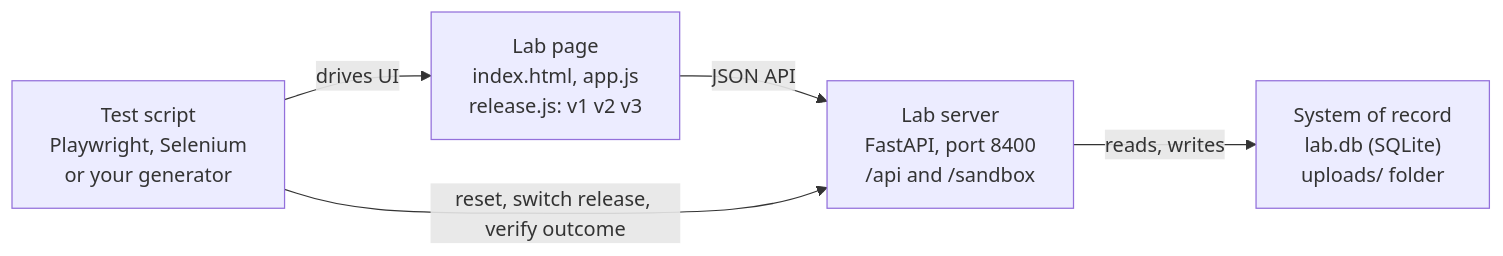
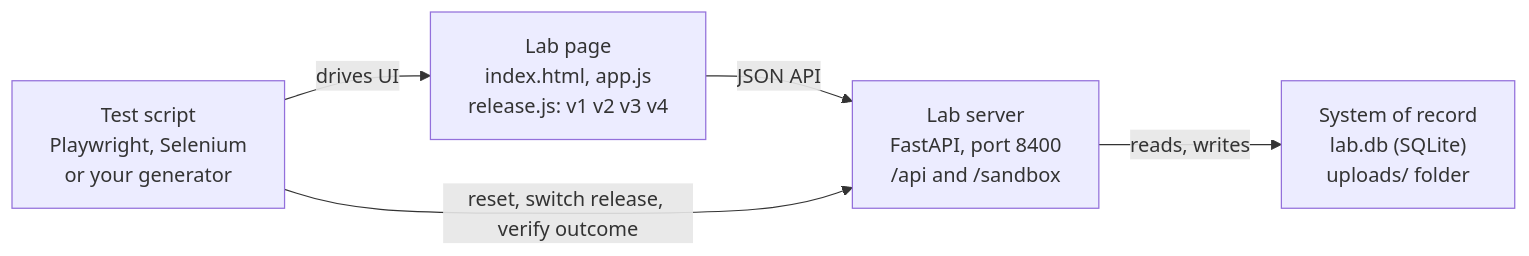
One commit to ShanKonduru/SystemsUnderTest changed the diagram in automation-lab/docs/automation-lab-knowledge-base.md. Above: the diagram before and after it, drawn with Mermaid. The commit also changed other lines of this file and 18 other files, not shown here.

````diff
--- a/automation-lab/docs/automation-lab-knowledge-base.md
+++ b/automation-lab/docs/automation-lab-knowledge-base.md
@@ -21,7 +21,7 @@
 ```mermaid
 flowchart LR
-    S["Test script<br/>Playwright, Selenium<br/>or your generator"] -->|drives UI| P["Lab page<br/>index.html, app.js<br/>release.js: v1 v2 v3"]
+    S["Test script<br/>Playwright, Selenium<br/>or your generator"] -->|drives UI| P["Lab page<br/>index.html, app.js<br/>release.js: v1 v2 v3 v4"]
     P -->|JSON API| A["Lab server<br/>FastAPI, port 8400<br/>/api and /sandbox"]
     A -->|reads, writes| D["System of record<br/>lab.db (SQLite)<br/>uploads/ folder"]
     S -->|reset, switch release, verify outcome| A
 ```
````
